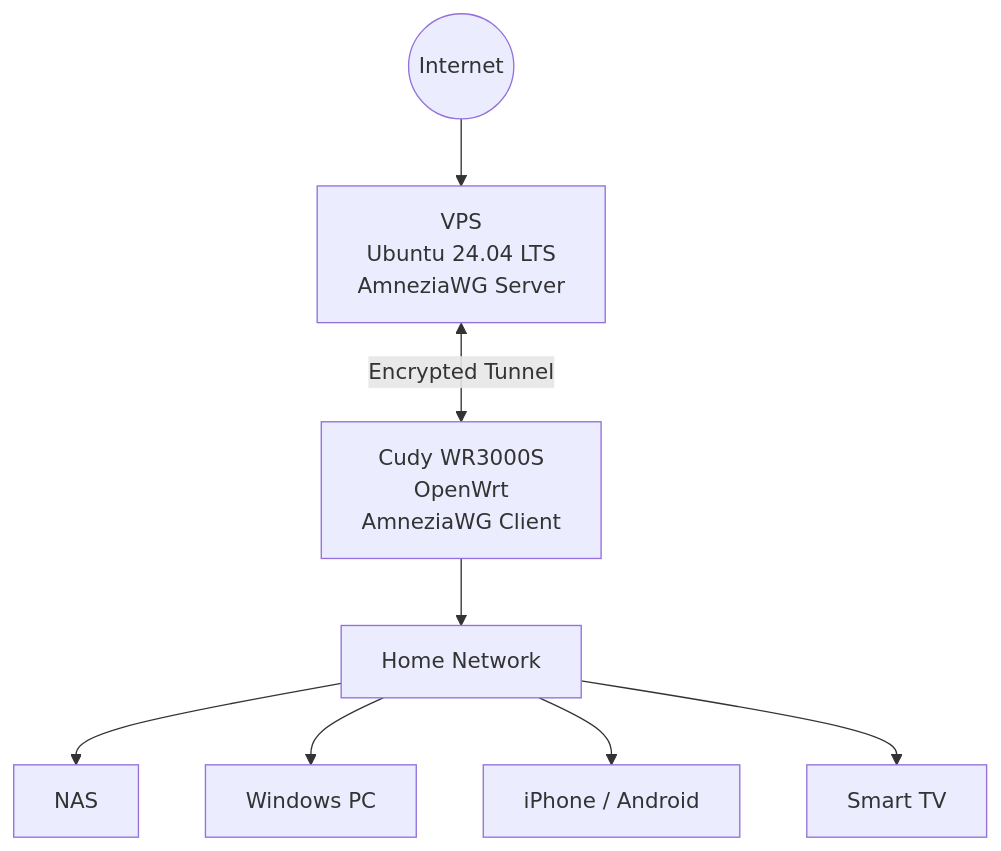
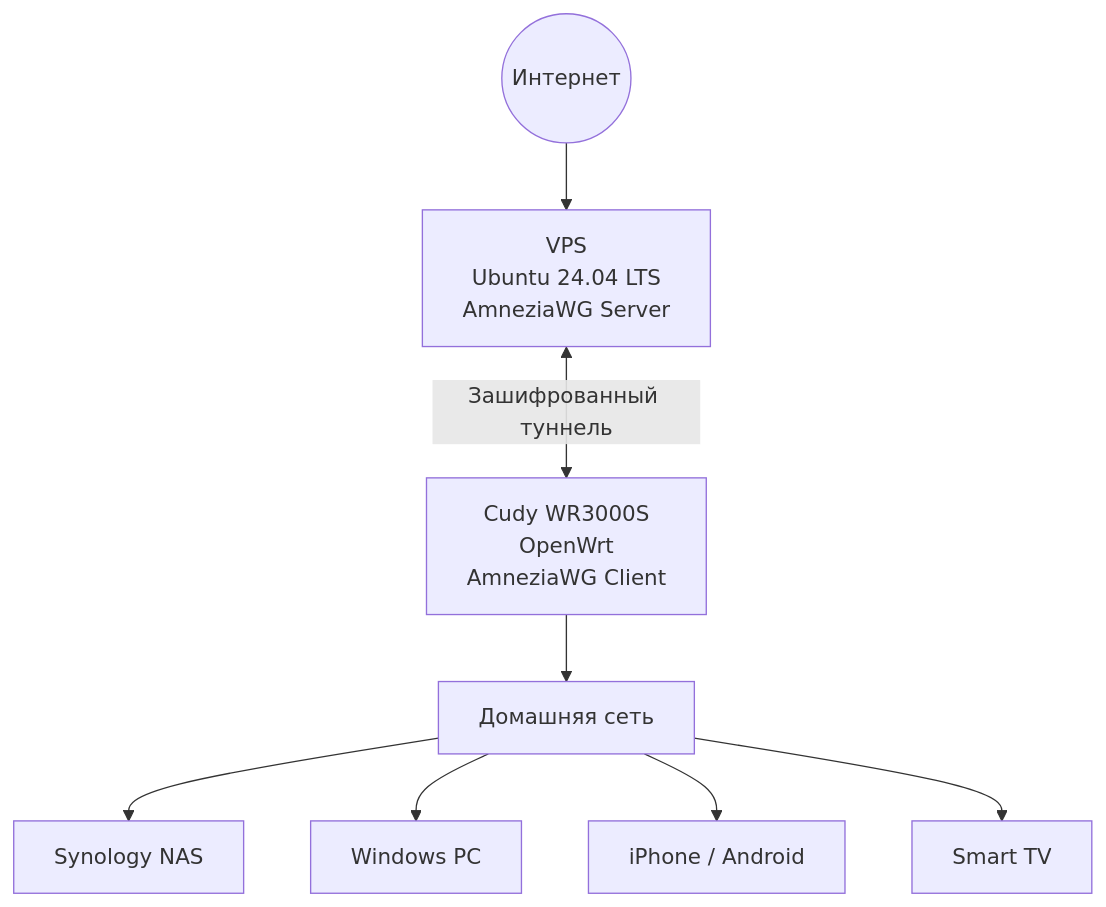
Before and after one commit to mannaro/amneziawg-selfhost: the diagram in README.md, drawn with Mermaid. The commit also changed other lines of this file, not shown here.

Commit message:
Add architecture diagram to README

````diff
--- a/README.md
+++ b/README.md
@@ -33,30 +33,30 @@
 ```mermaid
 flowchart TB
 
-    Internet((Internet))
+    Internet((Интернет))
 
     VPS["VPS<br/>Ubuntu 24.04 LTS<br/>AmneziaWG Server"]
 
     Router["Cudy WR3000S<br/>OpenWrt<br/>AmneziaWG Client"]
 
-    LAN["Home Network"]
+    LAN["Домашняя сеть"]
 
-    NAS["NAS"]
+    NAS["Synology NAS"]
 
     PC["Windows PC"]
 
     Mobile["iPhone / Android"]
 
     TV["Smart TV"]
 
     Internet --> VPS
 
-    VPS <-->|Encrypted Tunnel| Router
+    VPS <-->|Зашифрованный туннель| Router
 
     Router --> LAN
 
     LAN --> NAS
     LAN --> PC
     LAN --> Mobile
     LAN --> TV
 ```
````
